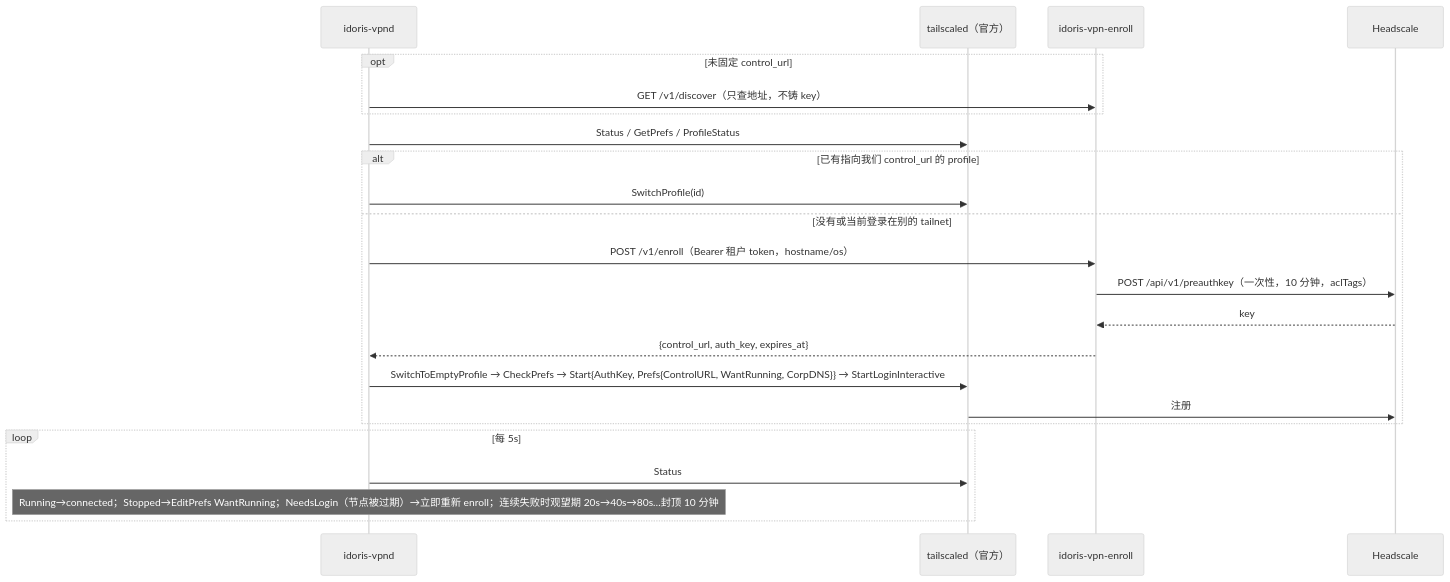
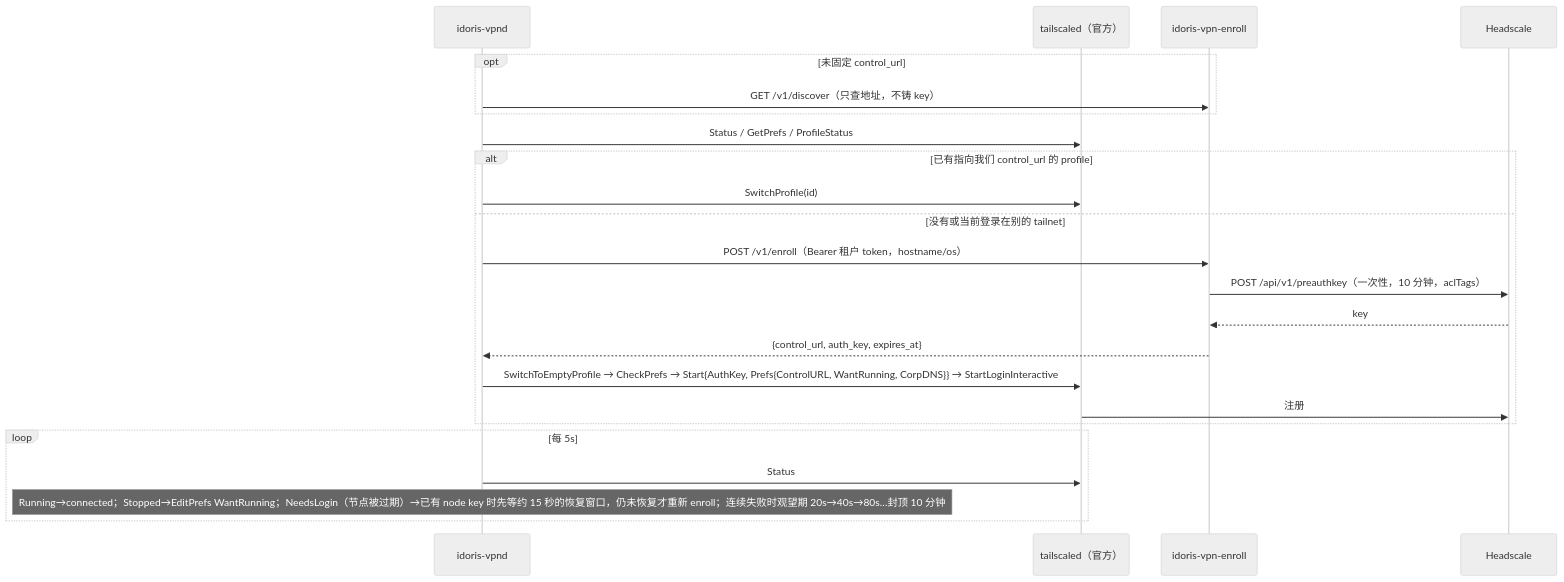
The second of 2 diagrams in docs/12-VPN-HEADSCALE.md (iDoris-ai/iDoris-bot), drawn with Mermaid (neutral theme) before and after one commit. The commit also changed other lines of this file and 1 other file, not shown here.

```diff
--- a/docs/12-VPN-HEADSCALE.md
+++ b/docs/12-VPN-HEADSCALE.md
@@ -100,25 +100,25 @@
 ~~~mermaid
 sequenceDiagram
     participant D as idoris-vpnd
     participant T as tailscaled（官方）
     participant E as idoris-vpn-enroll
     participant H as Headscale
     opt 未固定 control_url
         D->>E: GET /v1/discover（只查地址，不铸 key）
     end
     D->>T: Status / GetPrefs / ProfileStatus
     alt 已有指向我们 control_url 的 profile
         D->>T: SwitchProfile(id)
     else 没有或当前登录在别的 tailnet
         D->>E: POST /v1/enroll（Bearer 租户 token，hostname/os）
         E->>H: POST /api/v1/preauthkey（一次性，10 分钟，aclTags）
         H-->>E: key
         E-->>D: {control_url, auth_key, expires_at}
         D->>T: SwitchToEmptyProfile → CheckPrefs → Start{AuthKey, Prefs{ControlURL, WantRunning, CorpDNS}} → StartLoginInteractive
         T->>H: 注册
     end
     loop 每 5s
         D->>T: Status
-        Note over D: Running→connected；Stopped→EditPrefs WantRunning；NeedsLogin（节点被过期）→立即重新 enroll；连续失败时观望期 20s→40s→80s…封顶 10 分钟
+        Note over D: Running→connected；Stopped→EditPrefs WantRunning；NeedsLogin（节点被过期）→已有 node key 时先等约 15 秒的恢复窗口，仍未恢复才重新 enroll；连续失败时观望期 20s→40s→80s…封顶 10 分钟
     end
 ~~~
```
